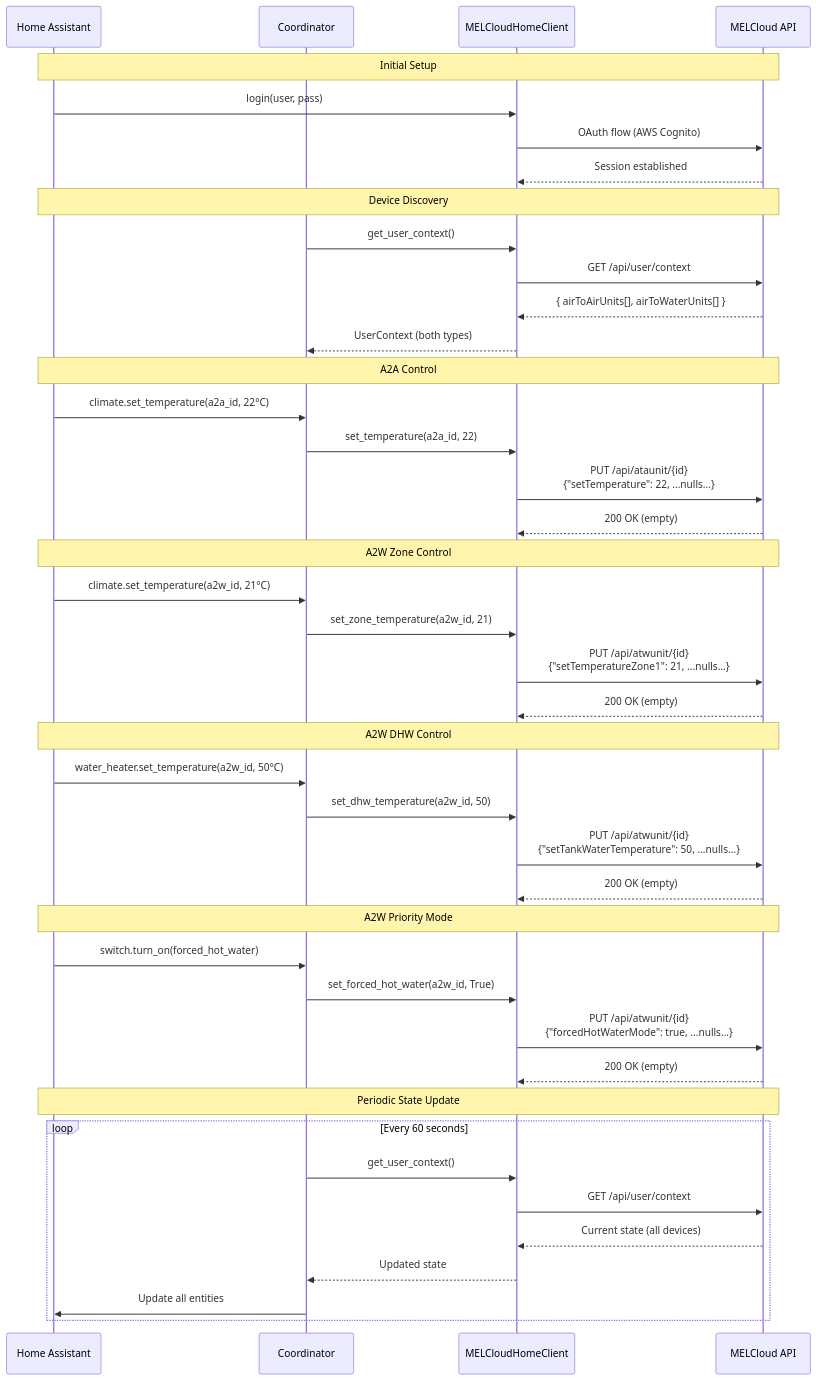
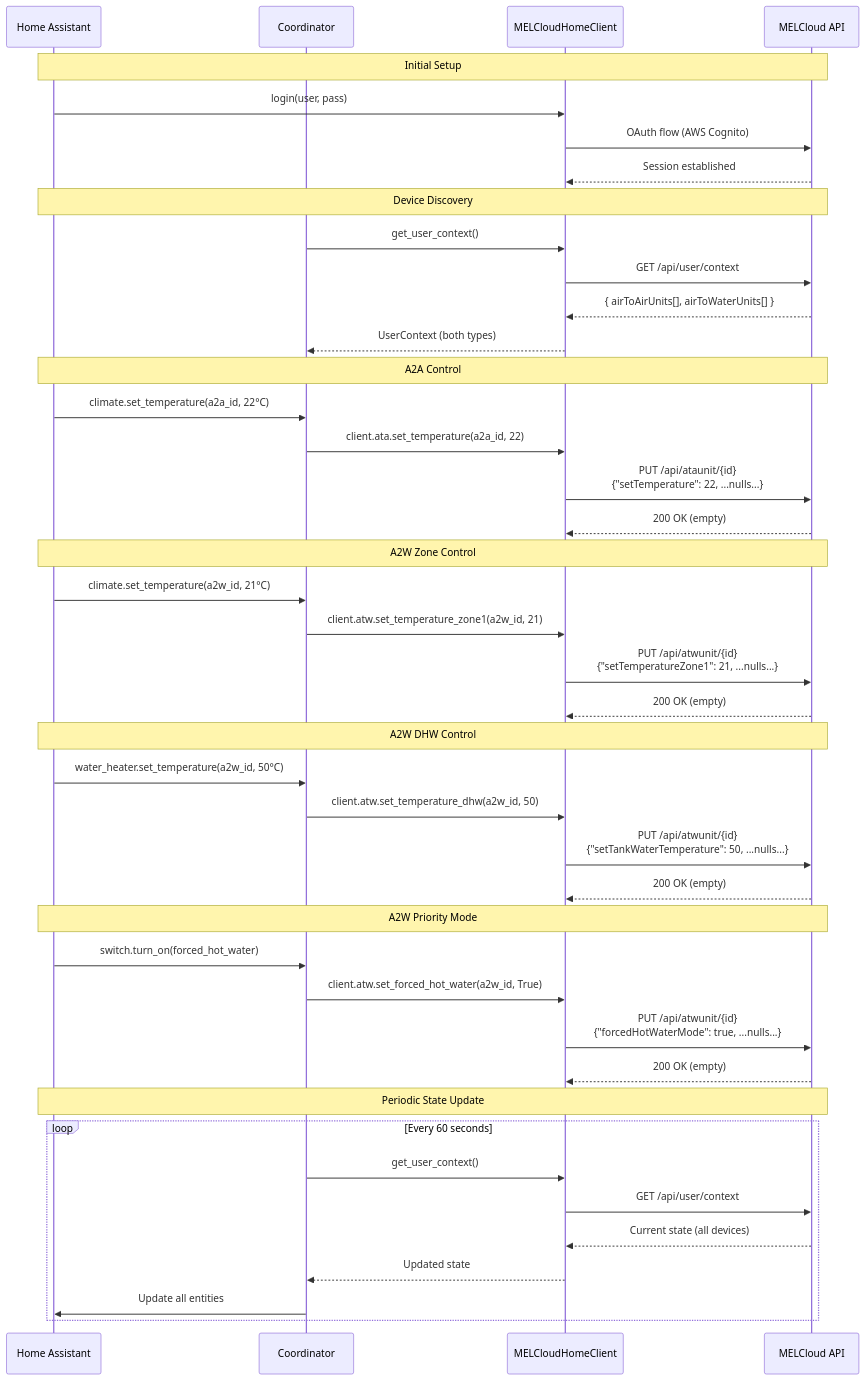
The fifth of 7 diagrams in docs/architecture.md (andrew-blake/melcloudhome), drawn with Mermaid before and after one commit. The commit also changed other lines of this file and 4 other files, not shown here.

````diff
--- a/docs/architecture.md
+++ b/docs/architecture.md
@@ -479,51 +520,51 @@
 ```mermaid
 sequenceDiagram
     participant HA as Home Assistant
     participant Coord as Coordinator
     participant Client as MELCloudHomeClient
     participant API as MELCloud API
 
     Note over HA,API: Initial Setup
     HA->>Client: login(user, pass)
     Client->>API: OAuth flow (AWS Cognito)
     API-->>Client: Session established
 
     Note over HA,API: Device Discovery
     Coord->>Client: get_user_context()
     Client->>API: GET /api/user/context
     API-->>Client: { airToAirUnits[], airToWaterUnits[] }
     Client-->>Coord: UserContext (both types)
 
     Note over HA,API: A2A Control
     HA->>Coord: climate.set_temperature(a2a_id, 22°C)
-    Coord->>Client: set_temperature(a2a_id, 22)
+    Coord->>Client: client.ata.set_temperature(a2a_id, 22)
     Client->>API: PUT /api/ataunit/{id}<br/>{"setTemperature": 22, ...nulls...}
     API-->>Client: 200 OK (empty)
 
     Note over HA,API: A2W Zone Control
     HA->>Coord: climate.set_temperature(a2w_id, 21°C)
-    Coord->>Client: set_zone_temperature(a2w_id, 21)
+    Coord->>Client: client.atw.set_temperature_zone1(a2w_id, 21)
     Client->>API: PUT /api/atwunit/{id}<br/>{"setTemperatureZone1": 21, ...nulls...}
     API-->>Client: 200 OK (empty)
 
     Note over HA,API: A2W DHW Control
     HA->>Coord: water_heater.set_temperature(a2w_id, 50°C)
-    Coord->>Client: set_dhw_temperature(a2w_id, 50)
+    Coord->>Client: client.atw.set_temperature_dhw(a2w_id, 50)
     Client->>API: PUT /api/atwunit/{id}<br/>{"setTankWaterTemperature": 50, ...nulls...}
     API-->>Client: 200 OK (empty)
 
     Note over HA,API: A2W Priority Mode
     HA->>Coord: switch.turn_on(forced_hot_water)
-    Coord->>Client: set_forced_hot_water(a2w_id, True)
+    Coord->>Client: client.atw.set_forced_hot_water(a2w_id, True)
     Client->>API: PUT /api/atwunit/{id}<br/>{"forcedHotWaterMode": true, ...nulls...}
     API-->>Client: 200 OK (empty)
 
     Note over HA,API: Periodic State Update
     loop Every 60 seconds
         Coord->>Client: get_user_context()
         Client->>API: GET /api/user/context
         API-->>Client: Current state (all devices)
         Client-->>Coord: Updated state
         Coord->>HA: Update all entities
     end
 ```
````
